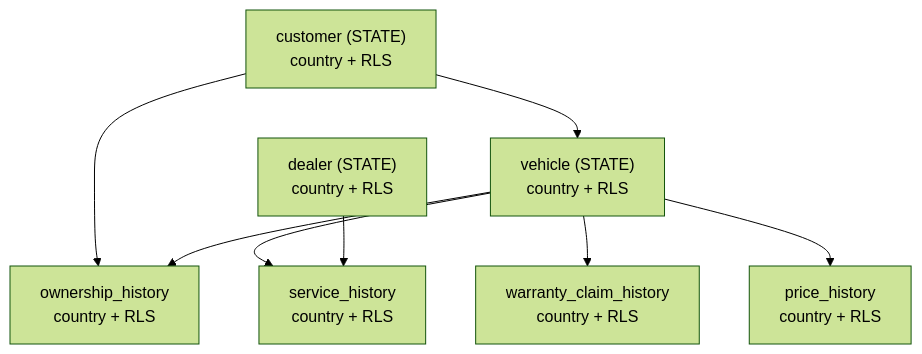
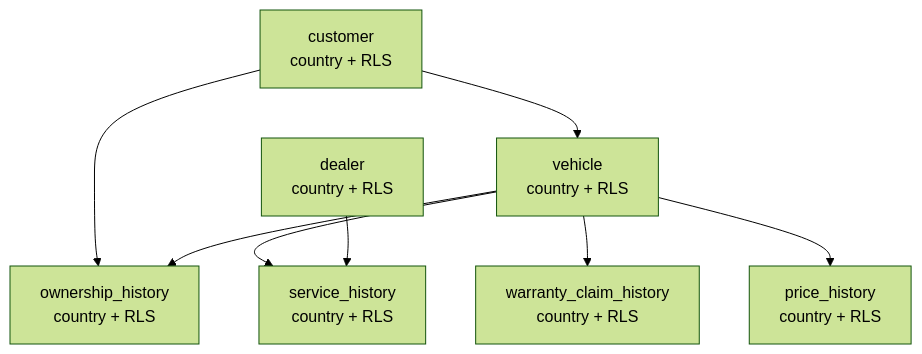
Before and after one commit to LetsBeLikeSophie/TableLink: the diagram in README.md, drawn with Mermaid (forest theme). The commit also changed other lines of this file, not shown here.

````diff
--- a/README.md
+++ b/README.md
@@ -84,18 +61,18 @@
 ```mermaid
 graph TD
-  customer["customer (STATE)<br/>country + RLS"]
-  dealer["dealer (STATE)<br/>country + RLS"]
-  vehicle["vehicle (STATE)<br/>country + RLS"]
+  customer["customer<br/>country + RLS"]
+  dealer["dealer<br/>country + RLS"]
+  vehicle["vehicle<br/>country + RLS"]
   ownership["ownership_history<br/>country + RLS"]
   service["service_history<br/>country + RLS"]
   warranty["warranty_claim_history<br/>country + RLS"]
   price["price_history<br/>country + RLS"]
 
   customer --> vehicle
   customer --> ownership
   vehicle --> ownership
   vehicle --> service
   dealer --> service
   vehicle --> warranty
   vehicle --> price
 ```
````
